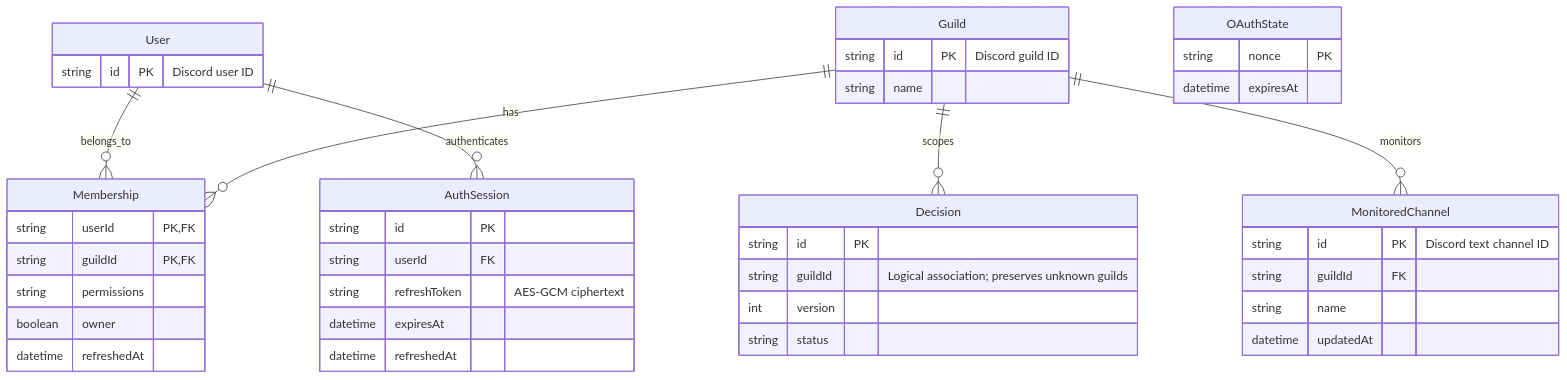
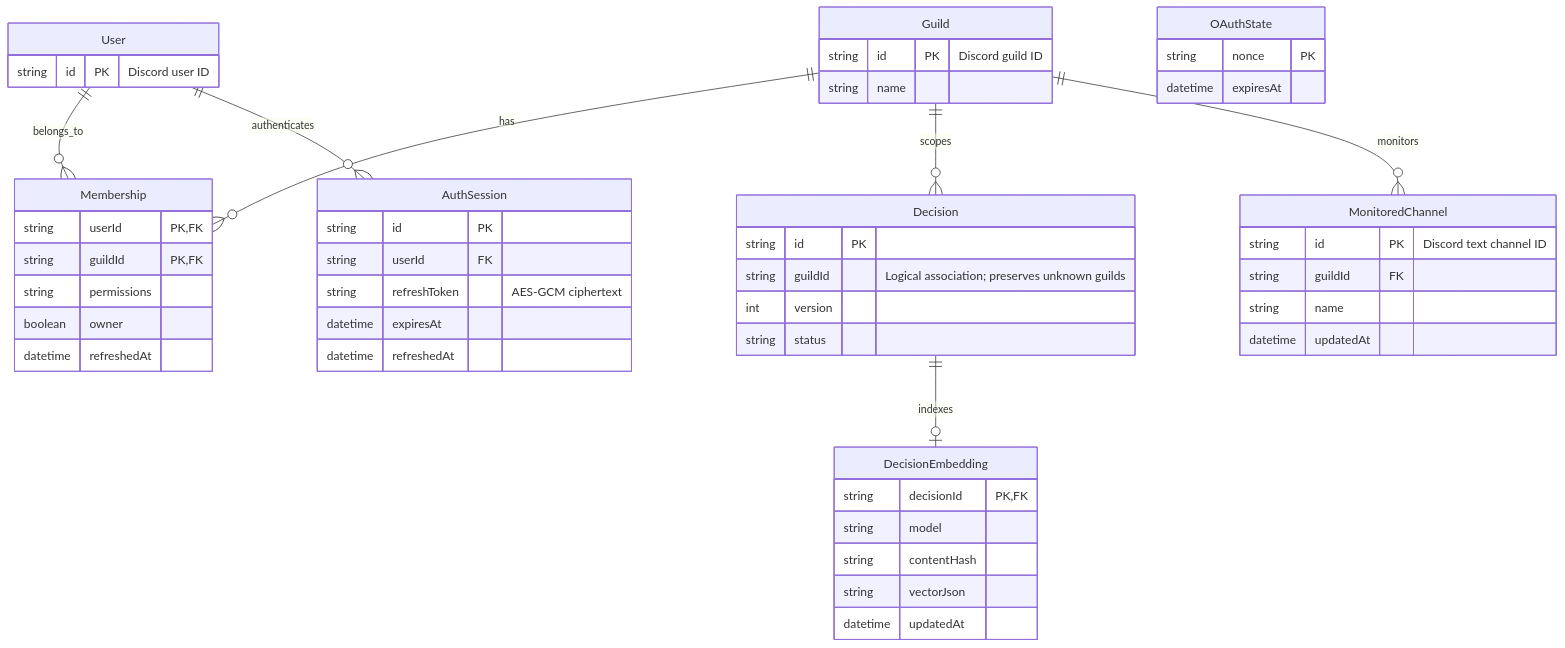
Before and after one commit to WooDDANG/ggadak: the diagram in docs/diagrams/v1-data-model.md, drawn with Mermaid. The commit also changed 25 other files, not shown here.

````diff
--- a/docs/diagrams/v1-data-model.md
+++ b/docs/diagrams/v1-data-model.md
@@ -3,45 +3,53 @@
 ```mermaid
 erDiagram
+  Decision ||--o| DecisionEmbedding : indexes
+  DecisionEmbedding {
+    string decisionId PK,FK
+    string model
+    string contentHash
+    string vectorJson
+    datetime updatedAt
+  }
   User ||--o{ Membership : belongs_to
   Guild ||--o{ Membership : has
   User ||--o{ AuthSession : authenticates
   Guild ||--o{ Decision : scopes
   Guild ||--o{ MonitoredChannel : monitors
   MonitoredChannel {
     string id PK "Discord text channel ID"
     string guildId FK
     string name
     datetime updatedAt
   }
   User {
     string id PK "Discord user ID"
   }
   Guild {
     string id PK "Discord guild ID"
     string name
   }
   Membership {
     string userId PK,FK
     string guildId PK,FK
     string permissions
     boolean owner
     datetime refreshedAt
   }
   AuthSession {
     string id PK
     string userId FK
     string refreshToken "AES-GCM ciphertext"
     datetime expiresAt
     datetime refreshedAt
   }
   OAuthState {
     string nonce PK
     datetime expiresAt
   }
   Decision {
     string id PK
     string guildId "Logical association; preserves unknown guilds"
     int version
     string status
   }
 ```
````
